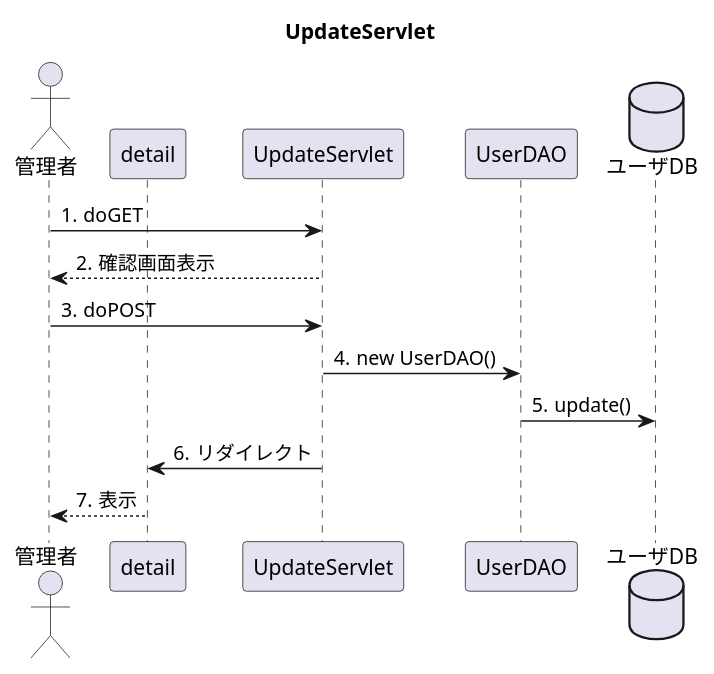
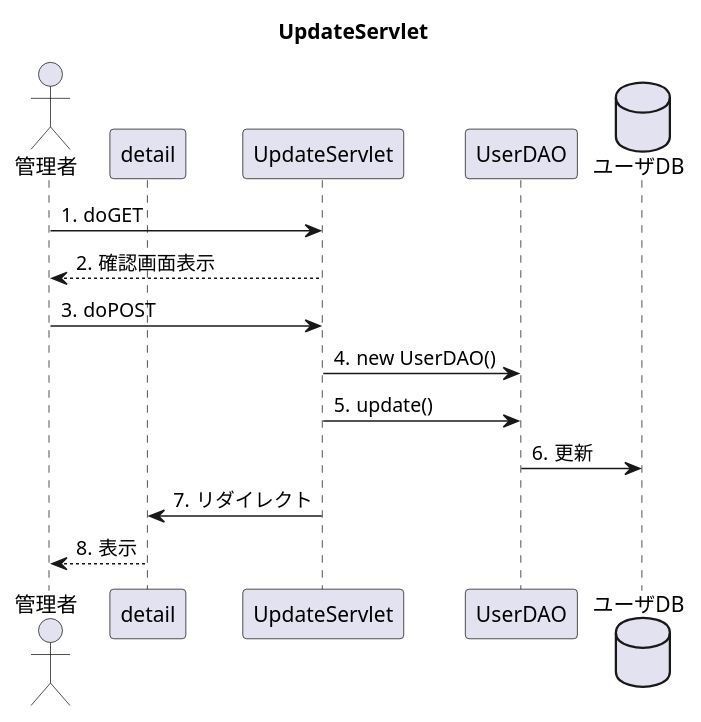
The diagram in uml_detail/seq_update.pu (toufu66/ProjectC), drawn with PlantUML before and after one commit.

Commit message:
詳細シーケンス ユーザ更新

```diff
--- a/uml_detail/seq_update.pu
+++ b/uml_detail/seq_update.pu
@@ -1,21 +1,22 @@
 @startuml
 title UpdateServlet
 
 autonumber "#."
 
 actor 管理者
 participant detail
 participant UpdateServlet
 participant UserDAO
 database ユーザDB
 
 
 管理者 -> UpdateServlet:doGET
 UpdateServlet --> 管理者:確認画面表示
 管理者 ->UpdateServlet:doPOST
 UpdateServlet -> UserDAO:new UserDAO()
-UserDAO -> ユーザDB:update()
+UpdateServlet -> UserDAO:update()
+UserDAO -> ユーザDB:更新
 
 UpdateServlet -> detail:リダイレクト
 detail --> 管理者:表示
 @enduml
```
